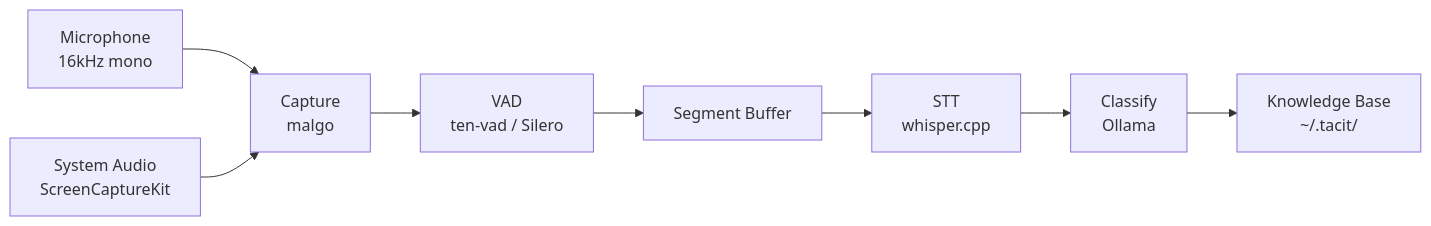
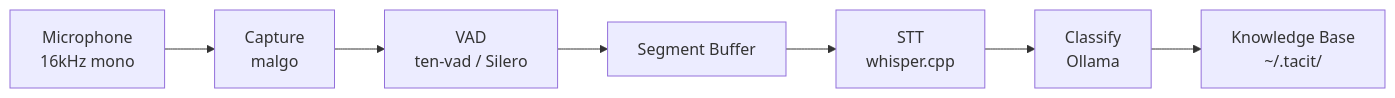
The diagram in README.md (sangmin7648/tacit), drawn with Mermaid before and after one commit. The commit also changed other lines of this file and 30 other files, not shown here.

First line of the commit message:
Remove system audio capture (#37)

````diff
--- a/README.md
+++ b/README.md
@@ -129,10 +118,9 @@
 ```mermaid
 graph LR
     MIC[Microphone\n16kHz mono] --> CAP[Capture\nmalgo]
-    SYS[System Audio\nScreenCaptureKit] --> CAP
     CAP --> VAD[VAD\nten-vad / Silero]
     VAD --> BUF[Segment Buffer]
     BUF --> STT[STT\nwhisper.cpp]
     STT --> CLS[Classify\nOllama]
     CLS --> KB[Knowledge Base\n~/.tacit/]
 ```
````
